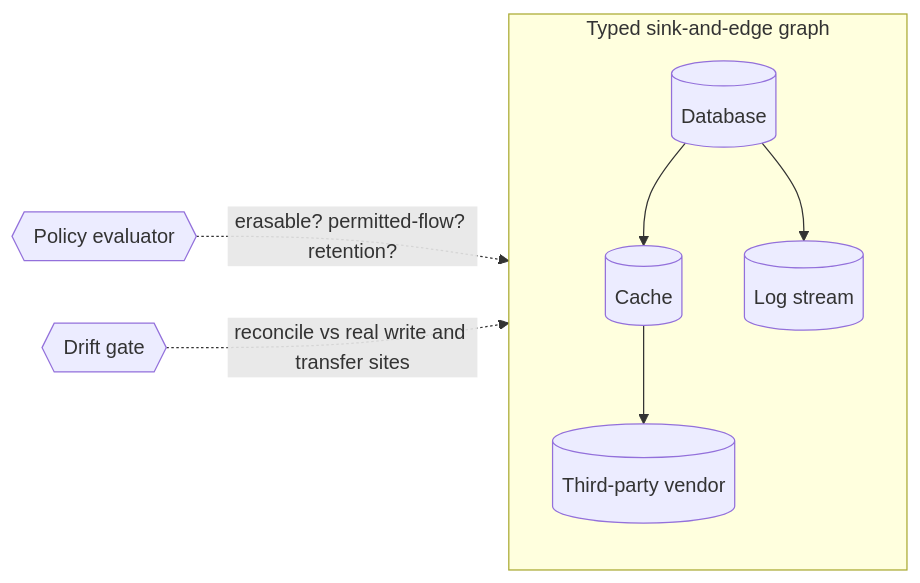
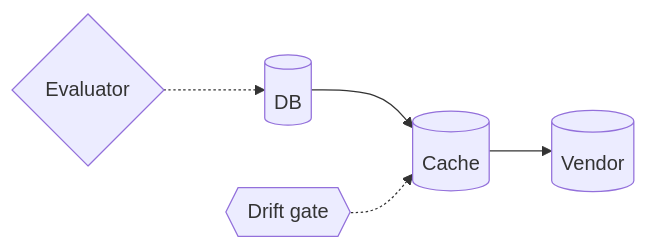
Before and after one commit to davisjam/agent-governance-mechanisms: the diagram in book/appendix-fills/models-bridge/data-flow-model.md, drawn with Mermaid. The commit also changed other lines of this file and 25 other files, not shown here.

Commit message:
feat(appxC): bespoke diagrams replacing shared glyphs (batches F+G)

````diff
--- a/book/appendix-fills/models-bridge/data-flow-model.md
+++ b/book/appendix-fills/models-bridge/data-flow-model.md
@@ -38,10 +38,7 @@
 ```mermaid
 flowchart LR
-  subgraph Graph[Typed sink-and-edge graph]
-    DB[(Database)] --> Cache[(Cache)]
-    DB --> Logs[(Log stream)]
-    Cache --> Vendor[(Third-party vendor)]
-  end
-  Eval{{Policy evaluator}} -.->|erasable? permitted-flow? retention?| Graph
-  Recon{{Drift gate}} -.->|reconcile vs real write and transfer sites| Graph
+  DB[(DB)] --> Cache[(Cache)]
+  Cache --> Vendor[(Vendor)]
+  Eval{Evaluator} -.-> DB
+  Drift{{Drift gate}} -.-> Cache
 ```
````
